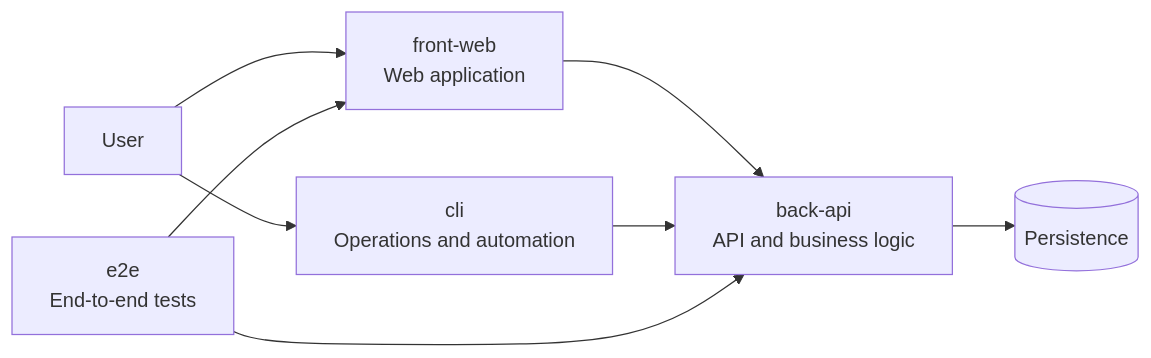
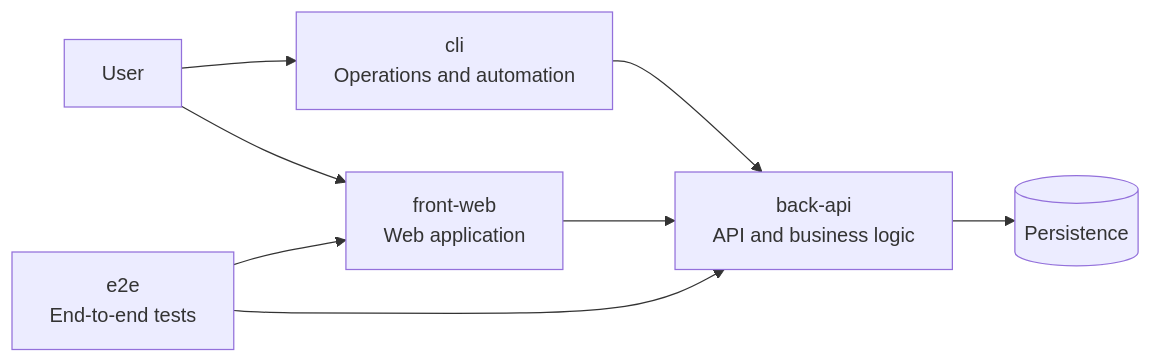
The first of 4 diagrams in docs/architect-system-foundation.md (AIDDbot/AIDDbot), drawn with Mermaid before and after one commit. The commit also changed other lines of this file and 5 other files, not shown here.

First line of the commit message:
refactor(skills): tighten /architect-system-foundation

````diff
--- a/docs/architect-system-foundation.md
+++ b/docs/architect-system-foundation.md
@@ -20,17 +20,17 @@
 ```mermaid
 flowchart LR
     USER[User]
+    CLI[cli<br/>Operations and automation]
     FRONT[front-web<br/>Web application]
     BACK[back-api<br/>API and business logic]
-    CLI[cli<br/>Operations and automation]
     E2E[e2e<br/>End-to-end tests]
     DATA[(Persistence)]
 
+    USER --> CLI
     USER --> FRONT
-    USER --> CLI
     FRONT --> BACK
     CLI --> BACK
     BACK --> DATA
     E2E --> FRONT
     E2E --> BACK
 ```
````
